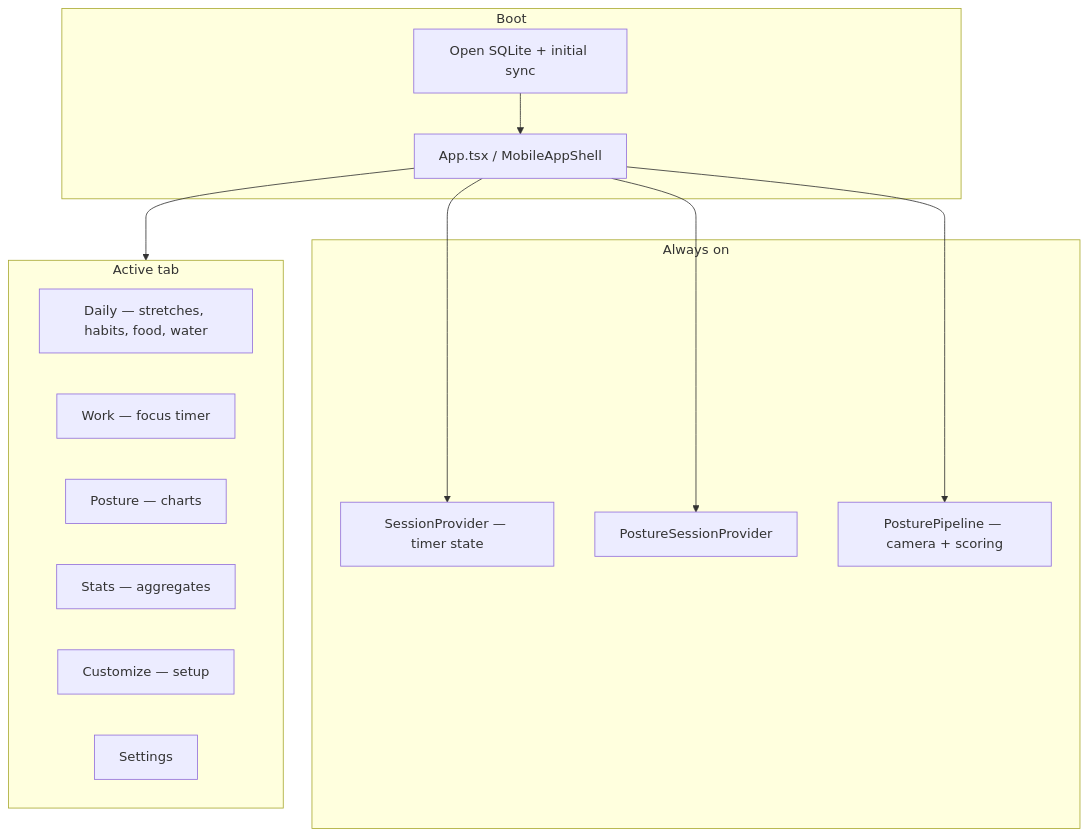
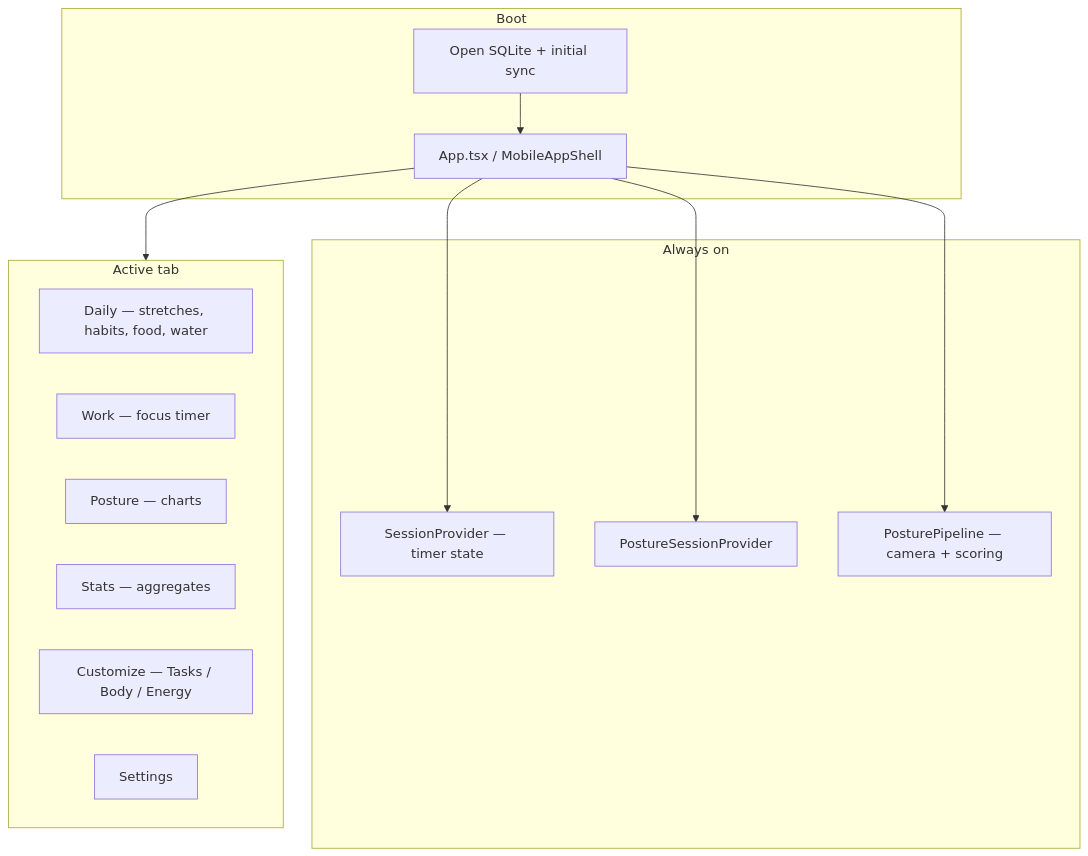
Before and after one commit to jdserenity/management: the second of 4 diagrams in scaffold/ARCH-HUMAN.md, drawn with Mermaid. The commit also changed 1 other file, not shown here.

Commit message:
Rename Customize subtabs to Tasks, Body, and Energy.
Merge exercises and stretches into Body and put Tasks first so the setup tabs match Daily language.

````diff
--- a/scaffold/ARCH-HUMAN.md
+++ b/scaffold/ARCH-HUMAN.md
@@ -33,25 +33,25 @@
 ```mermaid
 flowchart TB
   subgraph boot["Boot"]
     DB["Open SQLite + initial sync"]
     App["App.tsx / MobileAppShell"]
   end
   subgraph providers["Always on"]
     SP["SessionProvider — timer state"]
     PSP["PostureSessionProvider"]
     PL["PosturePipeline — camera + scoring"]
   end
   subgraph tabs["Active tab"]
     Daily["Daily — stretches, habits, food, water"]
     Work["Work — focus timer"]
     Posture["Posture — charts"]
     Stats["Stats — aggregates"]
-    Customize["Customize — setup"]
+    Customize["Customize — Tasks / Body / Energy"]
     Settings["Settings"]
   end
   DB --> App
   App --> SP
   App --> PSP
   App --> PL
   App --> tabs
 ```
````
